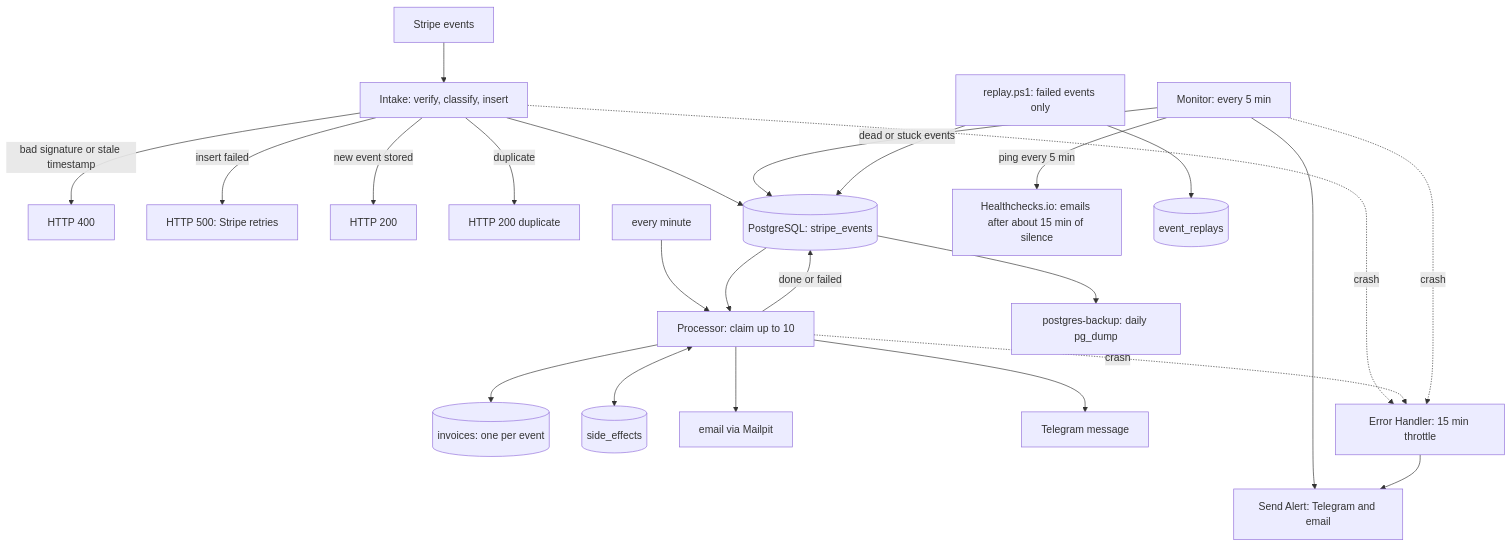
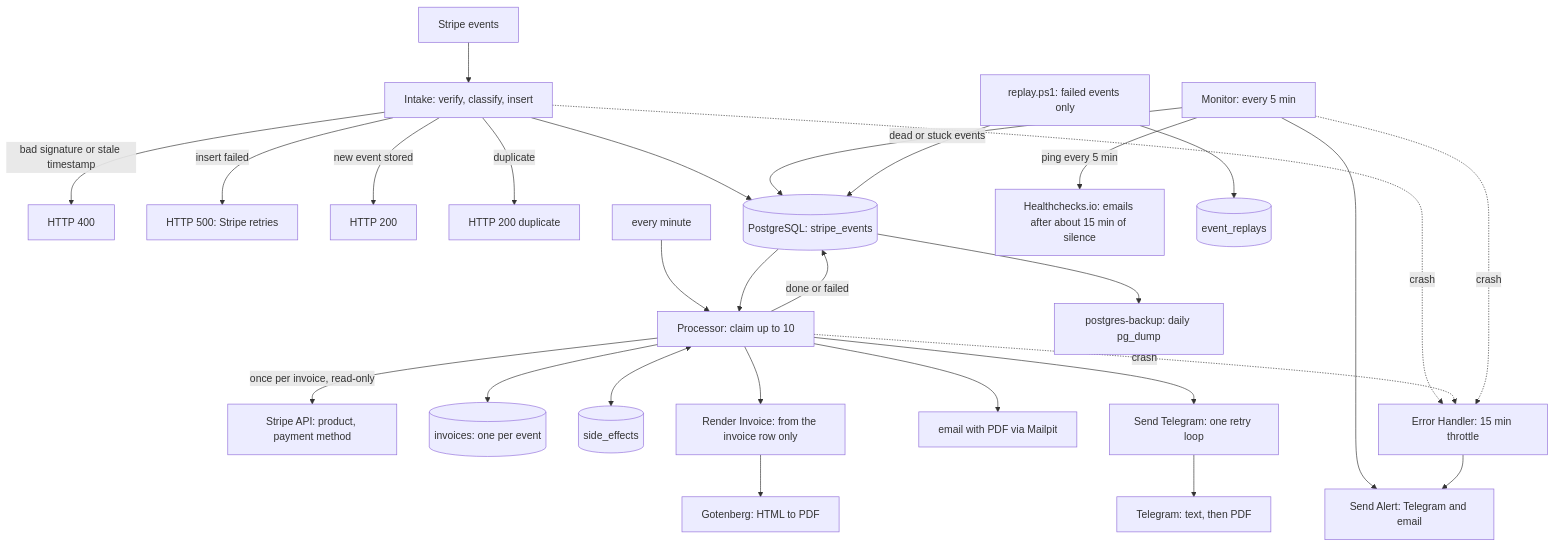
Before and after one commit to mahmoudsamae/n8n-automation-platform: the second of 2 diagrams in README.md, drawn with Mermaid. The commit also changed other lines of this file and 6 other files, not shown here.

First line of the commit message:
Docs: invoice, PDF and Telegram (README, runbook, evidence, checklist, plan, case study)

````diff
--- a/README.md
+++ b/README.md
@@ -44,26 +61,30 @@
 ```mermaid
 flowchart TD
     Stripe[Stripe events] --> Intake["Intake: verify, classify, insert"]
     Intake -->|"bad signature or stale timestamp"| Bad["HTTP 400"]
     Intake -->|"insert failed"| Retry["HTTP 500: Stripe retries"]
     Intake -->|"new event stored"| OK["HTTP 200"]
     Intake -->|"duplicate"| Dup["HTTP 200 duplicate"]
     Intake --> DB[("PostgreSQL: stripe_events")]
     Tick["every minute"] --> Processor["Processor: claim up to 10"]
     DB --> Processor
+    Processor -->|"once per invoice, read-only"| StripeApi["Stripe API: product, payment method"]
     Processor --> Invoices[("invoices: one per event")]
     Processor <--> Effects[("side_effects")]
-    Processor --> Email["email via Mailpit"]
-    Processor --> Telegram["Telegram message"]
+    Processor --> Render["Render Invoice: from the invoice row only"]
+    Render --> Gotenberg["Gotenberg: HTML to PDF"]
+    Processor --> Email["email with PDF via Mailpit"]
+    Processor --> TgSender["Send Telegram: one retry loop"]
+    TgSender --> Telegram["Telegram: text, then PDF"]
     Processor -->|"done or failed"| DB
     Monitor["Monitor: every 5 min"] -->|"dead or stuck events"| DB
     Monitor --> Sender["Send Alert: Telegram and email"]
     Intake -. crash .-> Handler["Error Handler: 15 min throttle"]
     Processor -. crash .-> Handler
     Monitor -. crash .-> Handler
     Handler --> Sender
     Monitor -->|"ping every 5 min"| HC["Healthchecks.io: emails after about 15 min of silence"]
     Replay["replay.ps1: failed events only"] --> DB
     Replay --> Audit[("event_replays")]
     DB --> Backup["postgres-backup: daily pg_dump"]
 ```
````
